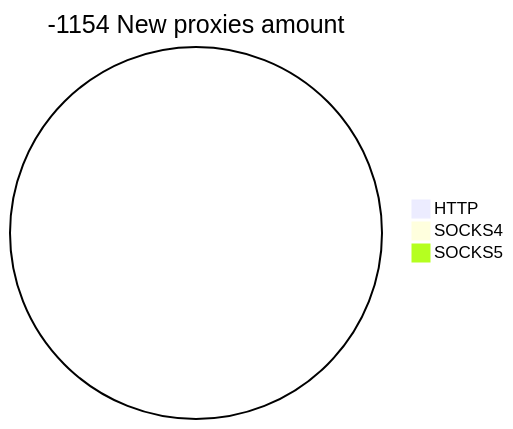
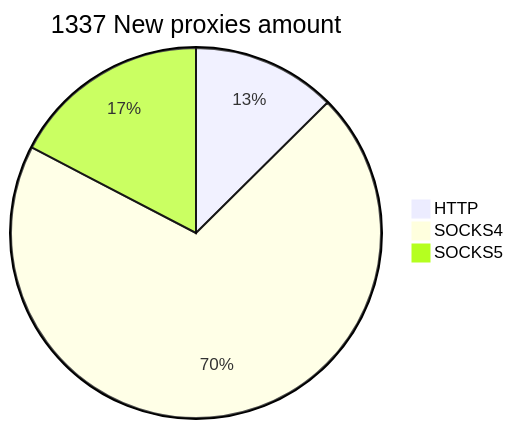
Before and after one commit to cutipu/proxylist: the second of 2 diagrams in README.md, drawn with Mermaid. The commit also changed other lines of this file, not shown here.

````diff
--- a/README.md
+++ b/README.md
@@ -10,6 +10,6 @@
 ```mermaid
-pie title -1154 New proxies amount
-    "HTTP" : 0
-    "SOCKS4" : 0
-    "SOCKS5" : 0
+pie title 1337 New proxies amount
+    "HTTP" : 168
+    "SOCKS4" : 937
+    "SOCKS5" : 232
 ```
````
